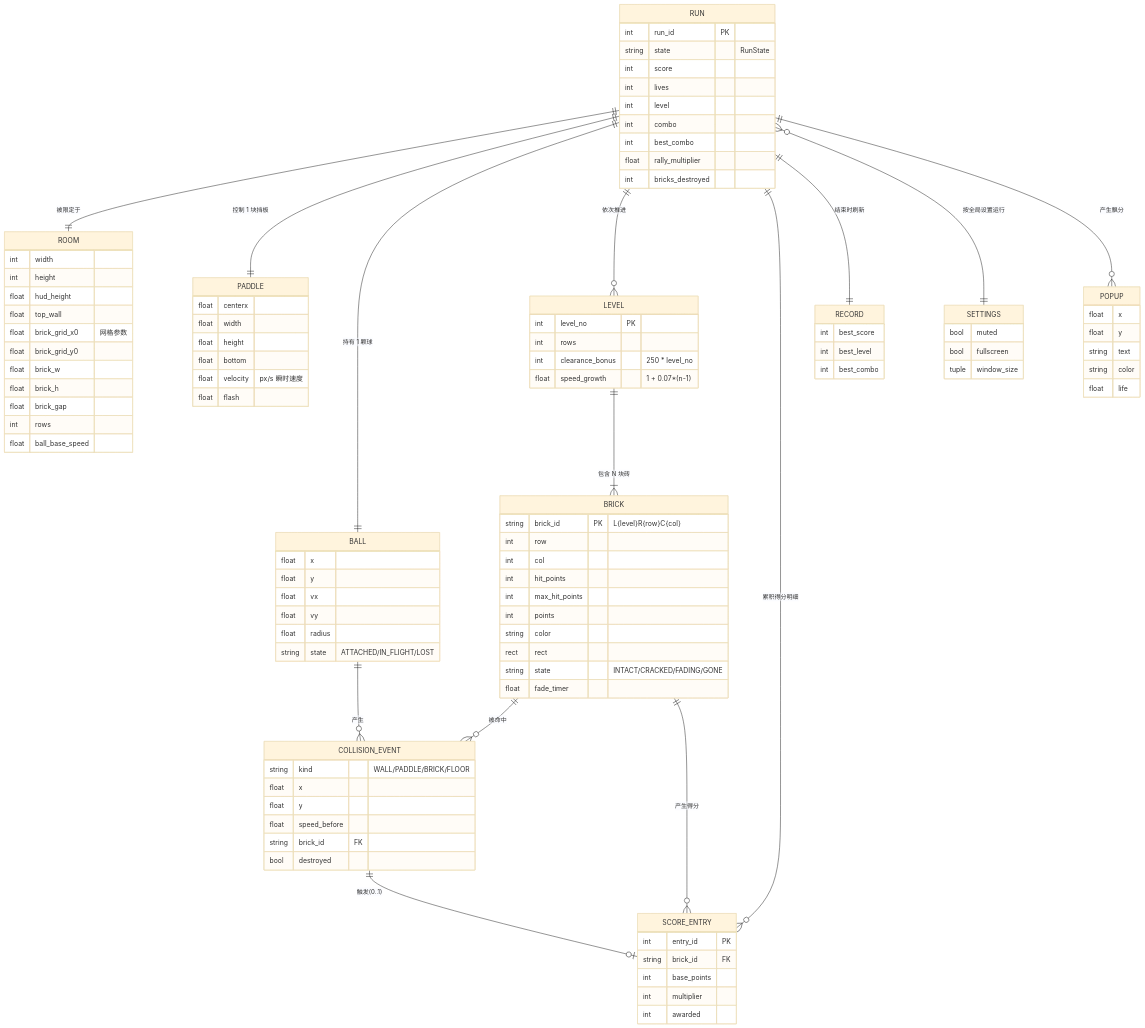
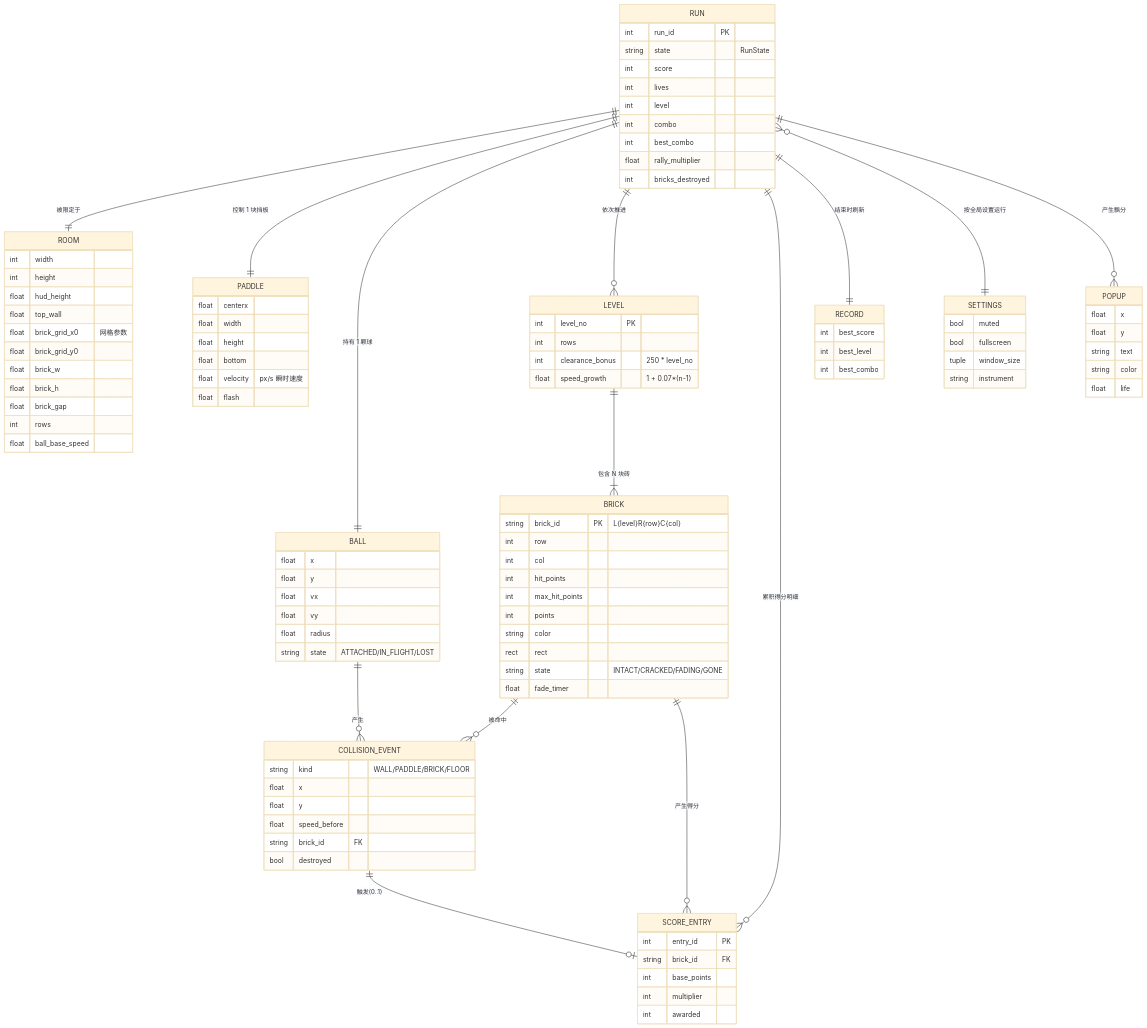
One commit to ssfkyx/Brick_Breaker changed the fifth of 6 diagrams in bb_v1/docs/architecture.md. Above: the diagram before and after it, drawn with Mermaid (base theme). The commit also changed other lines of this file and 14 other files, not shown here.

```diff
--- a/bb_v1/docs/architecture.md
+++ b/bb_v1/docs/architecture.md
@@ -302,6 +303,7 @@
         bool muted
         bool fullscreen
         tuple window_size
+        string instrument
     }
     POPUP {
         float x
```
